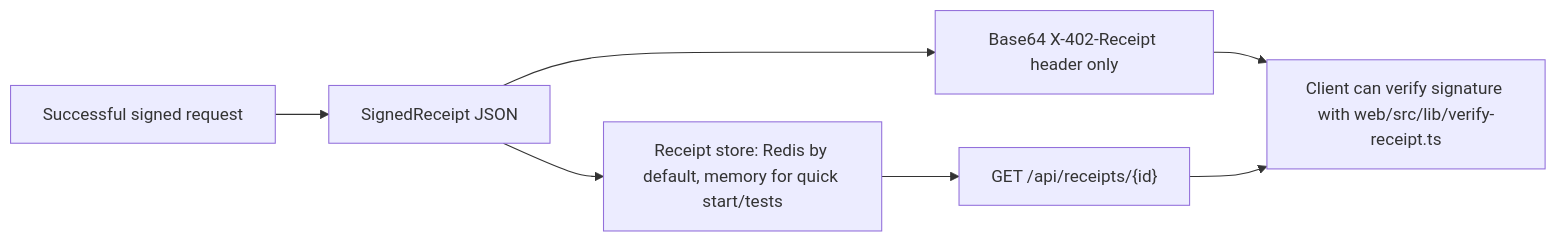
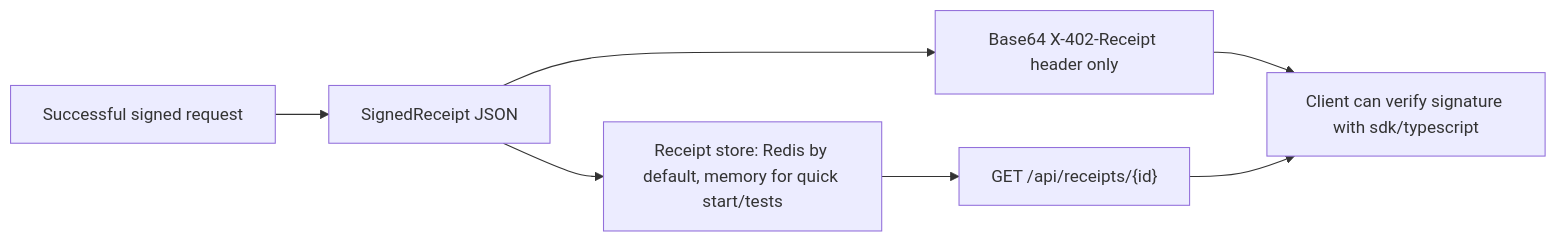
One commit to karuna-1/MicroAI-Paygate changed the fourth of 4 diagrams in README.md. Above: the diagram before and after it, drawn with Mermaid. The commit also changed other lines of this file and 54 other files, not shown here.

````diff
--- a/README.md
+++ b/README.md
@@ -188,16 +192,16 @@
 ```mermaid
 flowchart LR
     Success["Successful signed request"]
     Receipt["SignedReceipt JSON"]
     Header["Base64 X-402-Receipt header only"]
     Store["Receipt store: Redis by default, memory for quick start/tests"]
     Lookup["GET /api/receipts/{id}"]
-    Verify["Client can verify signature with web/src/lib/verify-receipt.ts"]
+    Verify["Client can verify signature with sdk/typescript"]
 
     Success --> Receipt
     Receipt --> Header
     Receipt --> Store
     Store --> Lookup
     Header --> Verify
     Lookup --> Verify
 ```
````
